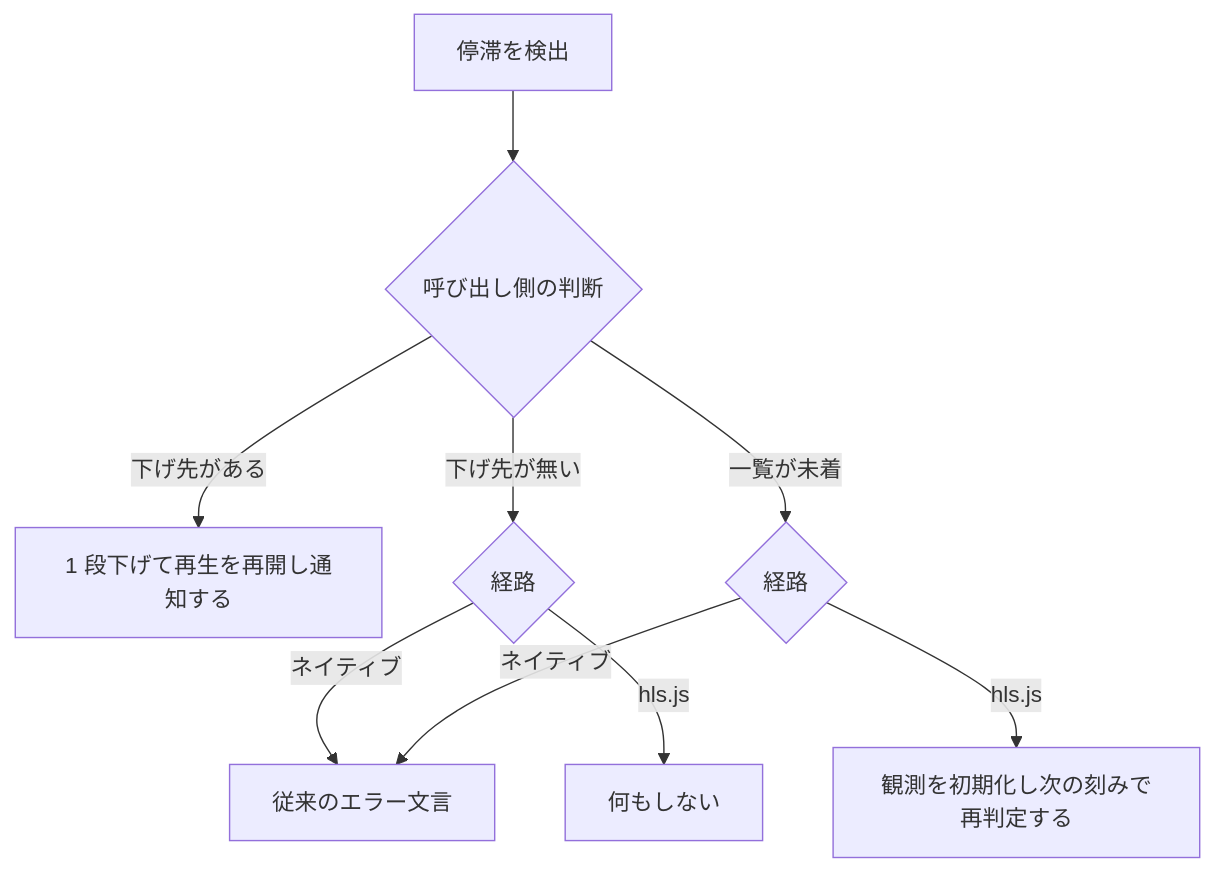
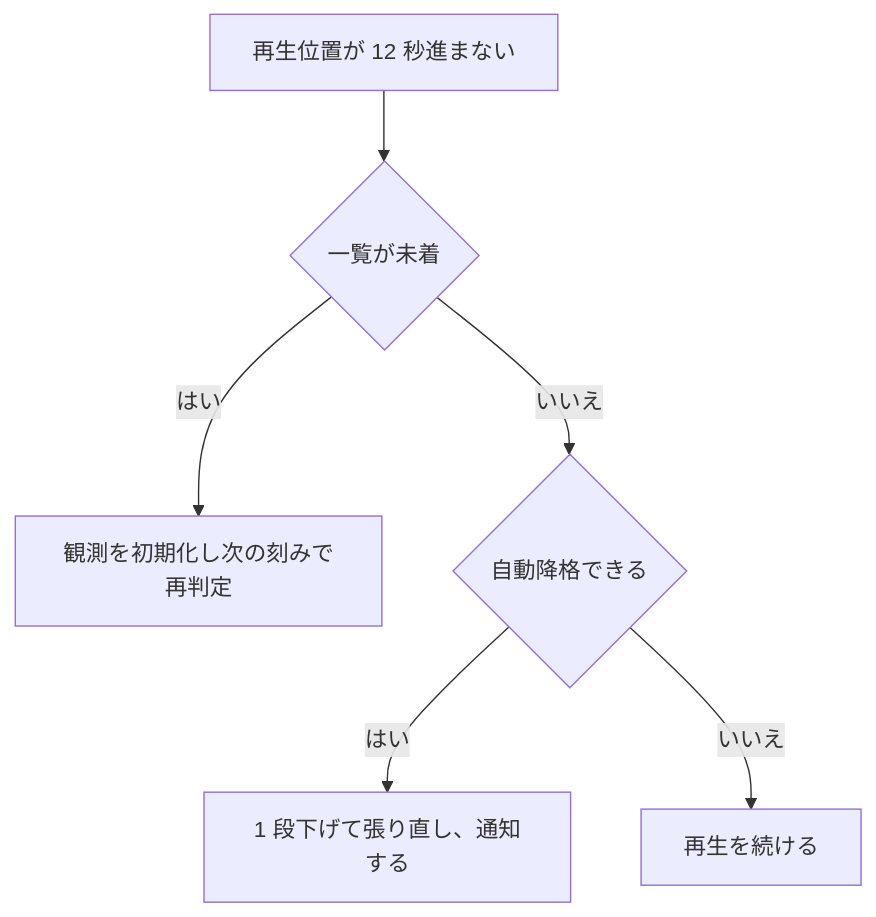
Before and after one commit to fetburner/rokuban: the diagram in docs/frontend/live/quality.md, drawn with Mermaid. The commit also changed other lines of this file and 50 other files, not shown here.

````diff
--- a/docs/frontend/live/quality.md
+++ b/docs/frontend/live/quality.md
@@ -75,11 +73,8 @@
 ```mermaid
 flowchart TD
-  A[停滞を検出] --> B{呼び出し側の判断}
-  B -->|下げ先がある| C[1 段下げて再生を再開し通知する]
-  B -->|下げ先が無い| D{経路}
-  B -->|一覧が未着| E{経路}
-  D -->|ネイティブ| F[従来のエラー文言]
-  D -->|hls.js| G[何もしない]
-  E -->|ネイティブ| F
-  E -->|hls.js| H[観測を初期化し次の刻みで再判定する]
+  A[再生位置が 12 秒進まない] --> B{一覧が未着}
+  B -->|はい| C[観測を初期化し次の刻みで再判定]
+  B -->|いいえ| D{自動降格できる}
+  D -->|はい| E[1 段下げて張り直し、通知する]
+  D -->|いいえ| F[再生を続ける]
 ```
````
